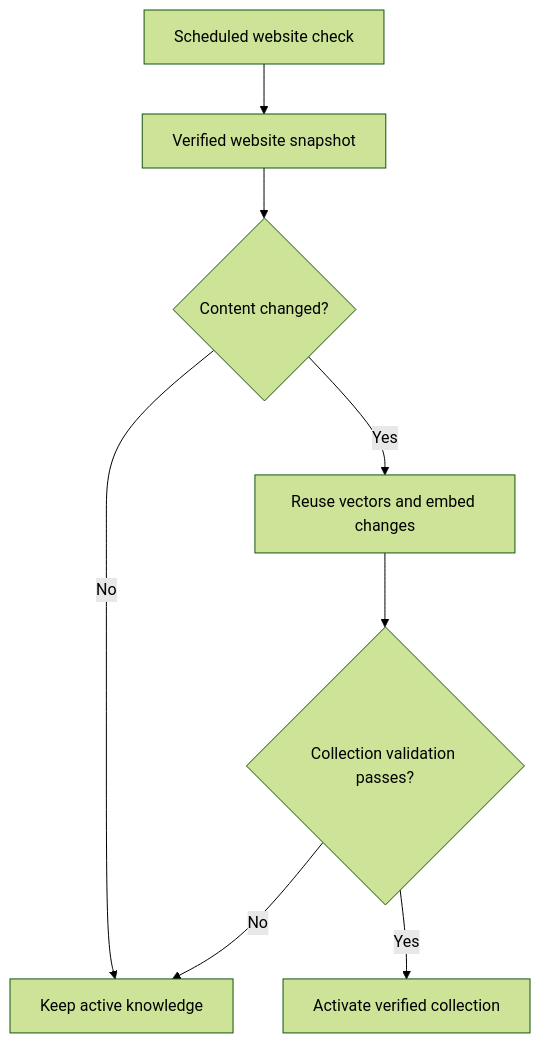
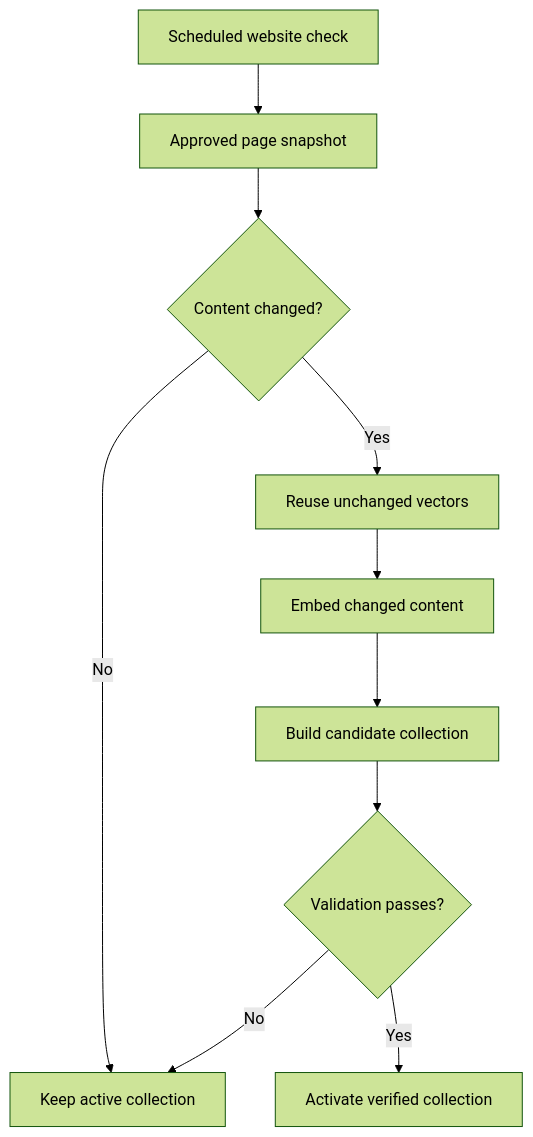
The second of 2 diagrams in README.md (GaneshPokharel-tech/skillsathi-ai), drawn with Mermaid (forest theme) before and after one commit. The commit also changed other lines of this file, not shown here.

````diff
--- a/README.md
+++ b/README.md
@@ -143,10 +172,12 @@
 ```mermaid
 flowchart TD
-    A[Scheduled website check] --> B[Verified website snapshot]
+    A[Scheduled website check] --> B[Approved page snapshot]
     B --> C{Content changed?}
-    C -- No --> D[Keep active knowledge]
-    C -- Yes --> E[Reuse vectors and embed changes]
-    E --> F{Collection validation passes?}
-    F -- Yes --> G[Activate verified collection]
-    F -- No --> D
+    C -- No --> D[Keep active collection]
+    C -- Yes --> E[Reuse unchanged vectors]
+    E --> F[Embed changed content]
+    F --> G[Build candidate collection]
+    G --> H{Validation passes?}
+    H -- Yes --> I[Activate verified collection]
+    H -- No --> D
 ```
````
